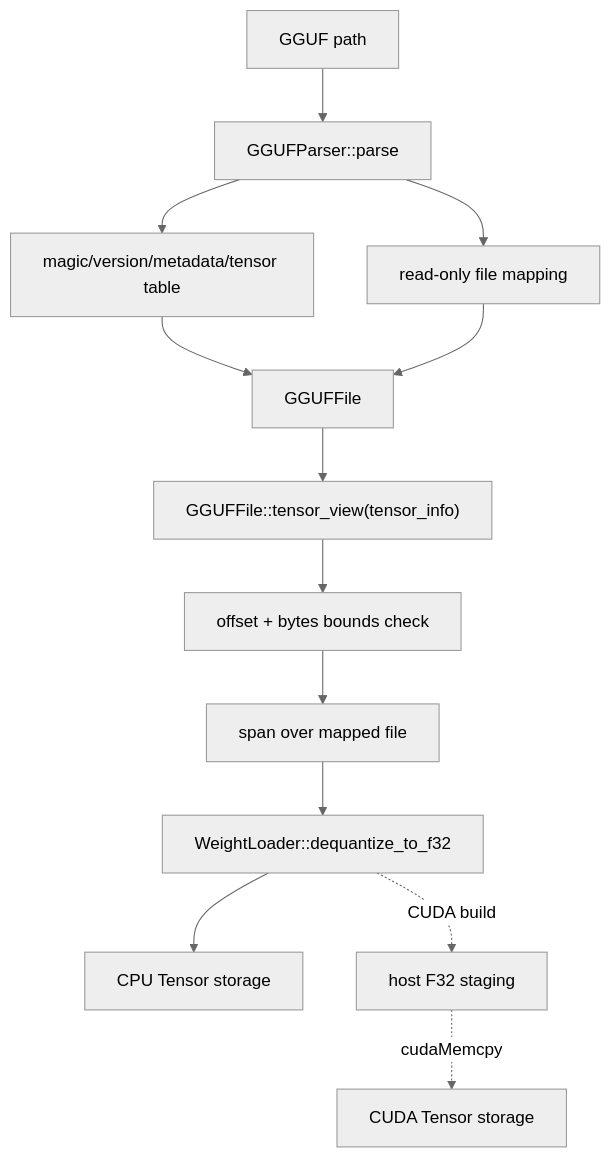
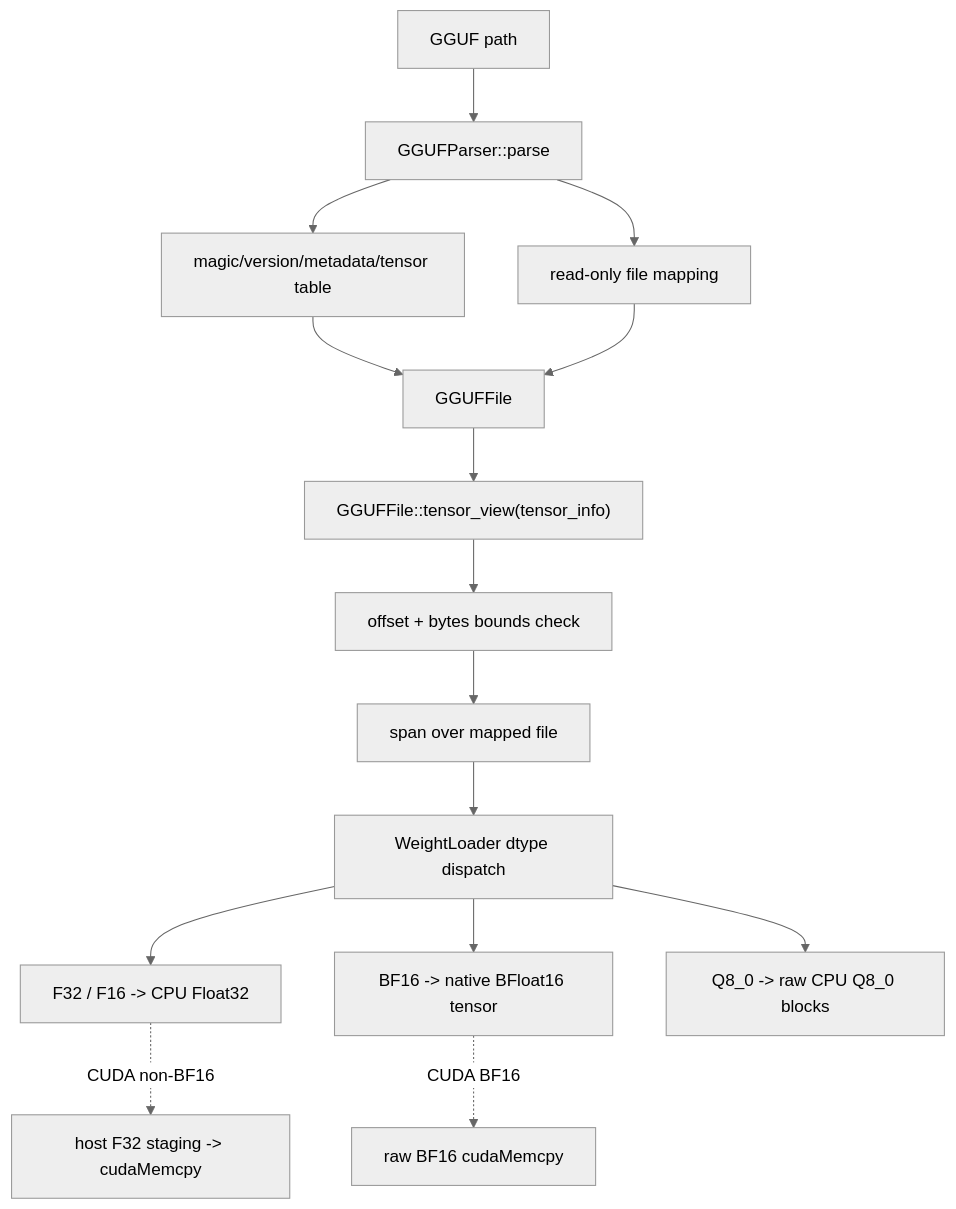
Before and after one commit to plutoaac/llmengine: the fifth of 5 diagrams in docs/design.md, drawn with Mermaid (neutral theme). The commit also changed other lines of this file and 13 other files, not shown here.

Commit message:
Add CPU Q8_0 weight-only inference path

````diff
--- a/docs/design.md
+++ b/docs/design.md
@@ -558,15 +572,17 @@
 ```mermaid
 flowchart TD
     Path["GGUF path"] --> Parse["GGUFParser::parse"]
     Parse --> Header["magic/version/metadata/tensor table"]
     Parse --> Map["read-only file mapping"]
     Header --> File["GGUFFile"]
     Map --> File
     File --> View["GGUFFile::tensor_view(tensor_info)"]
     View --> Bounds["offset + bytes bounds check"]
     Bounds --> Raw["span<const byte> over mapped file"]
-    Raw --> Dequant["WeightLoader::dequantize_to_f32"]
-    Dequant --> CpuTensor["CPU Tensor storage"]
-    Dequant -. "CUDA build" .-> Staging["host F32 staging"]
-    Staging -. "cudaMemcpy" .-> CudaTensor["CUDA Tensor storage"]
+    Raw --> Select["WeightLoader dtype dispatch"]
+    Select --> F32["F32 / F16 -> CPU Float32"]
+    Select --> BF16["BF16 -> native BFloat16 tensor"]
+    Select --> Q8["Q8_0 -> raw CPU Q8_0 blocks"]
+    F32 -. "CUDA non-BF16" .-> CudaF32["host F32 staging -> cudaMemcpy"]
+    BF16 -. "CUDA BF16" .-> CudaBF16["raw BF16 cudaMemcpy"]
 ```
````
